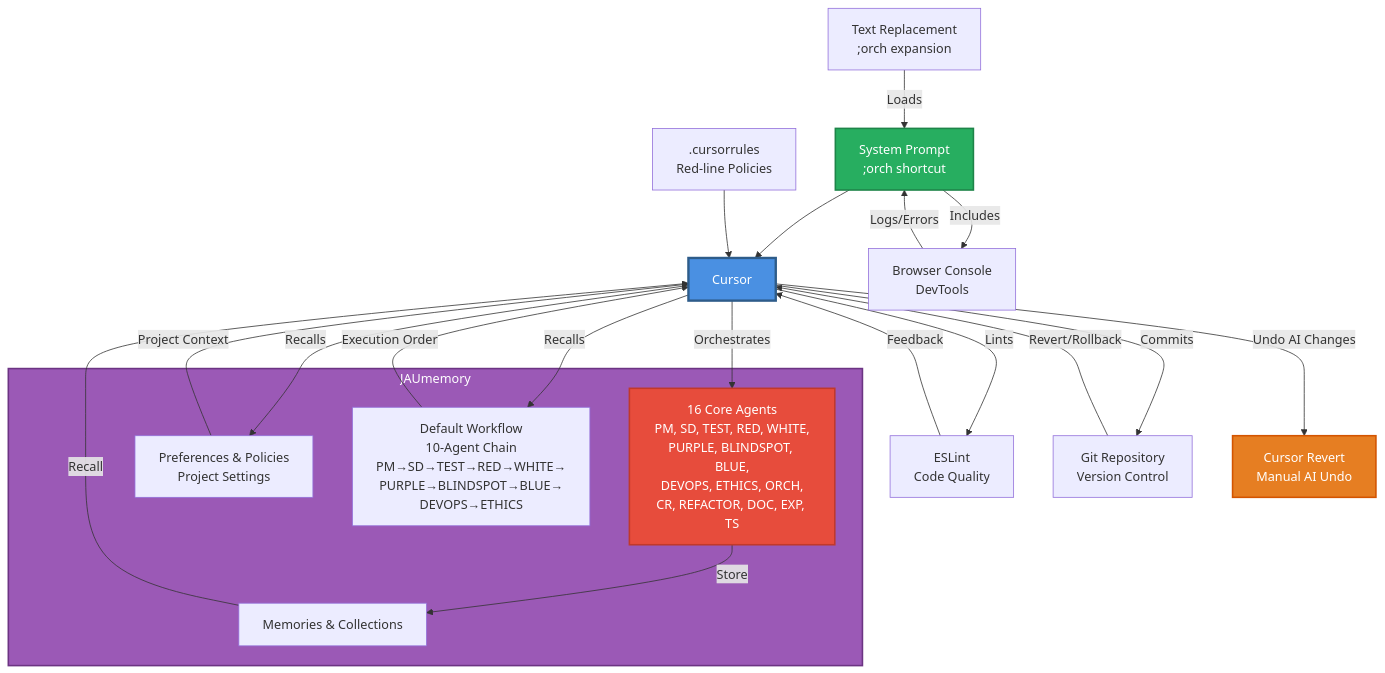
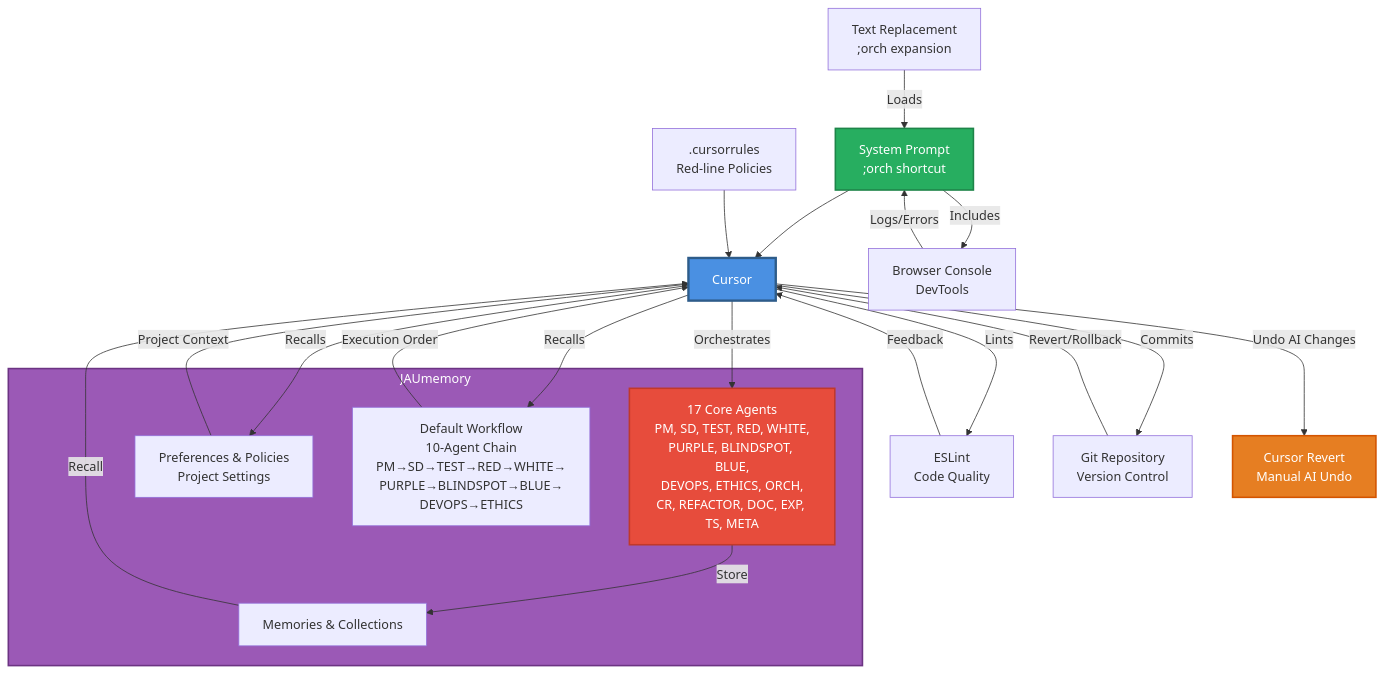
One commit to shiftshapr/context-coding changed the diagram in 11_SYSTEM_DIAGRAM_PROMPT.md. Above: the diagram before and after it, drawn with Mermaid. The commit also changed other lines of this file and 5 other files, not shown here.

````diff
--- a/11_SYSTEM_DIAGRAM_PROMPT.md
+++ b/11_SYSTEM_DIAGRAM_PROMPT.md
@@ -3,39 +3,39 @@
 ```mermaid
 graph TB
     SP[System Prompt<br/>;orch shortcut] --> Cursor
     CR[.cursorrules<br/>Red-line Policies] --> Cursor
     
     subgraph JM[JAUmemory]
-        Agents[16 Core Agents<br/>PM, SD, TEST, RED, WHITE,<br/>PURPLE, BLINDSPOT, BLUE,<br/>DEVOPS, ETHICS, ORCH,<br/>CR, REFACTOR, DOC, EXP, TS]
+        Agents[17 Core Agents<br/>PM, SD, TEST, RED, WHITE,<br/>PURPLE, BLINDSPOT, BLUE,<br/>DEVOPS, ETHICS, ORCH,<br/>CR, REFACTOR, DOC, EXP, TS, META]
         Memories[Memories & Collections]
         Prefs[Preferences & Policies<br/>Project Settings]
         WF[Default Workflow<br/>10-Agent Chain<br/>PM→SD→TEST→RED→WHITE→<br/>PURPLE→BLINDSPOT→BLUE→<br/>DEVOPS→ETHICS]
     end
     
     Cursor -->|Orchestrates| Agents
     Cursor -->|Recalls| WF
     Cursor -->|Recalls| Prefs
     Agents -->|Store| Memories
     Memories -->|Recall| Cursor
     Prefs -->|Project Context| Cursor
     WF -->|Execution Order| Cursor
     
     BC[Browser Console<br/>DevTools] -->|Logs/Errors| SP
     SP -->|Includes| BC
     
     Cursor -->|Lints| ESLint[ESLint<br/>Code Quality]
     ESLint -->|Feedback| Cursor
     
     Cursor -->|Commits| Git[Git Repository<br/>Version Control]
     Git -->|Revert/Rollback| Cursor
     
     Cursor -->|Undo AI Changes| Revert[Cursor Revert<br/>Manual AI Undo]
     
     TR[Text Replacement<br/>;orch expansion] -->|Loads| SP
     
     style Cursor fill:#4A90E2,stroke:#2E5C8A,stroke-width:3px,color:#fff
     style JM fill:#9B59B6,stroke:#6C3483,stroke-width:2px,color:#fff
     style Agents fill:#E74C3C,stroke:#C0392B,stroke-width:2px,color:#fff
     style SP fill:#27AE60,stroke:#1E8449,stroke-width:2px,color:#fff
     style Revert fill:#E67E22,stroke:#D35400,stroke-width:2px,color:#fff
 ```
````
